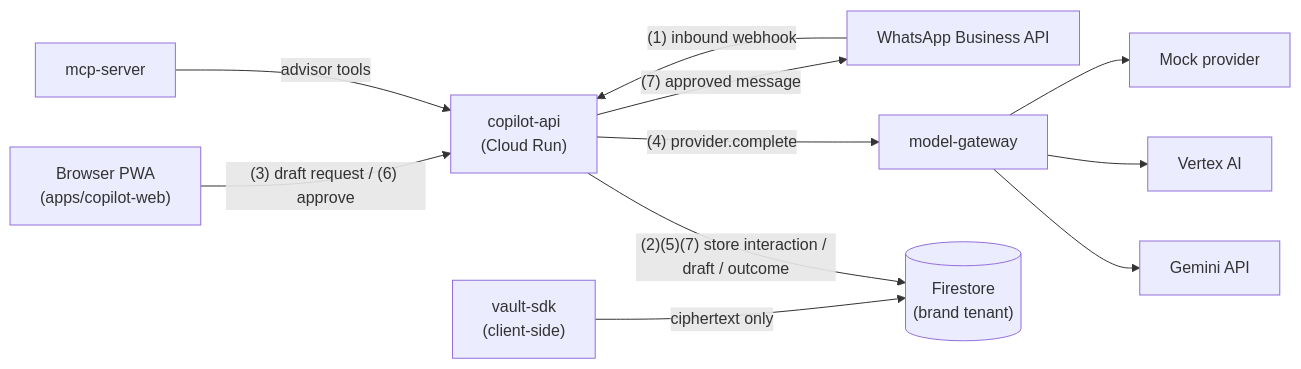
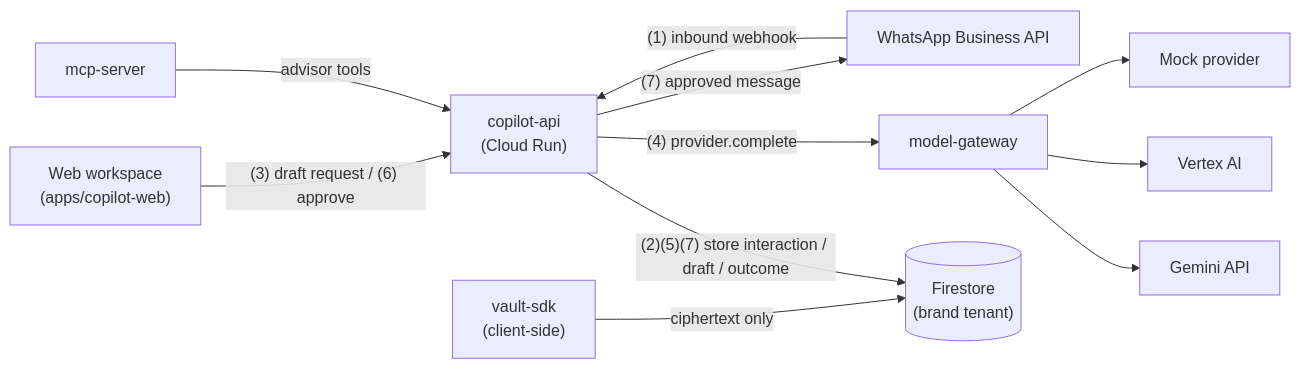
The diagram in docs/ARCHITECTURE.md (fayaz316/Luxe-AI), drawn with Mermaid before and after one commit. The commit also changed 3 other files, not shown here.

Commit message:
docs: replace PWA jargon with web workspace terminology

````diff
--- a/docs/ARCHITECTURE.md
+++ b/docs/ARCHITECTURE.md
@@ -7,13 +7,13 @@
 ```mermaid
 graph LR
-    WEB["Browser PWA<br/>(apps/copilot-web)"] -- "(3) draft request / (6) approve" --> API["copilot-api<br/>(Cloud Run)"]
+    WEB["Web workspace<br/>(apps/copilot-web)"] -- "(3) draft request / (6) approve" --> API["copilot-api<br/>(Cloud Run)"]
     MCP["mcp-server"] -- "advisor tools" --> API
     WA["WhatsApp Business API"] -- "(1) inbound webhook" --> API
     API -- "(2)(5)(7) store interaction / draft / outcome" --> FS[("Firestore<br/>(brand tenant)")]
     API -- "(4) provider.complete" --> GW["model-gateway"]
     GW --> GEM["Gemini API"]
     GW --> VTX["Vertex AI"]
     GW --> MOCK["Mock provider"]
     API -- "(7) approved message" --> WA
     VAULT["vault-sdk<br/>(client-side)"] -- "ciphertext only" --> FS
 ```
````
